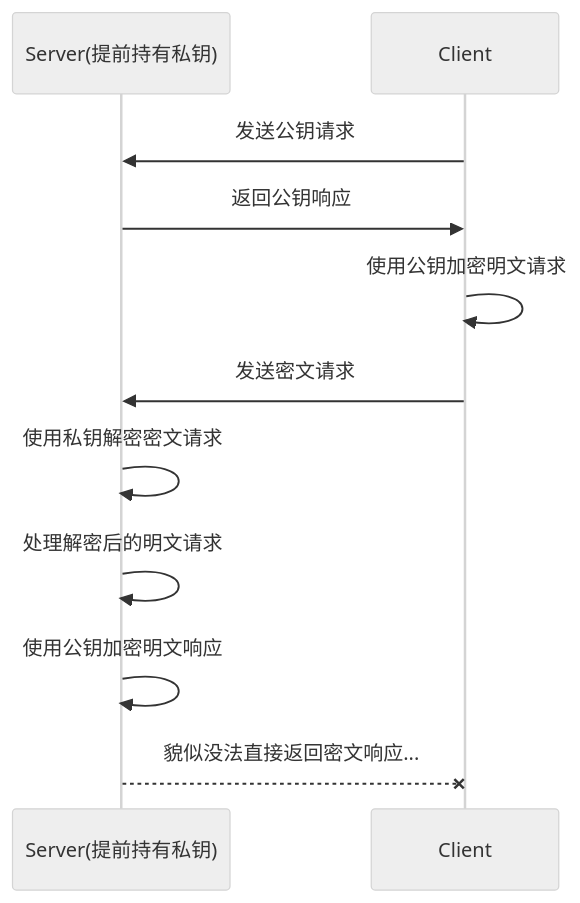
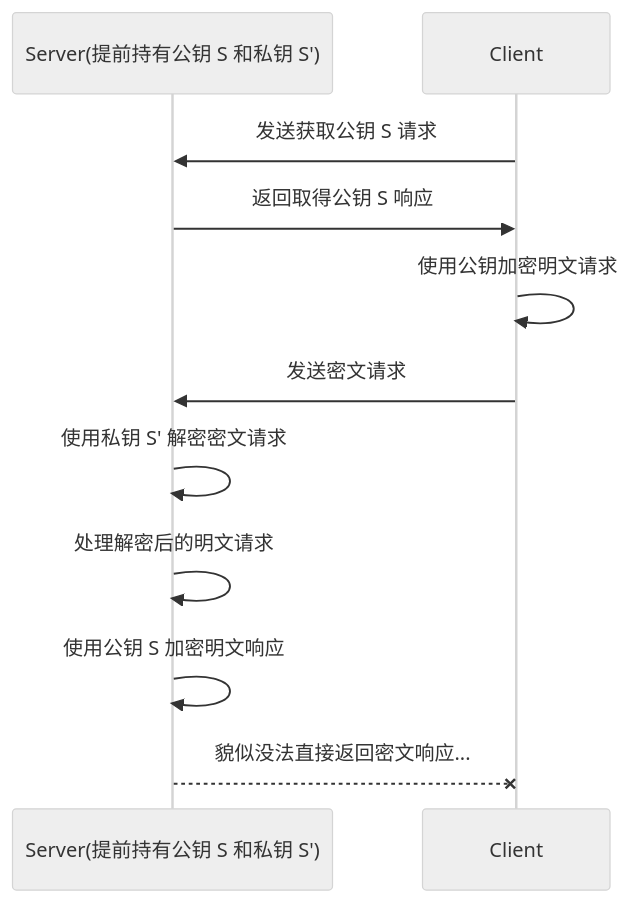
The third of 5 diagrams in Computer_Networks_Note/003+limou+2024_03_18+应用层.md (xiaogithubooo/LimouLearnNote), drawn with Mermaid (neutral theme) before and after one commit. The commit also changed other lines of this file and 2 other files, not shown here.

````diff
--- a/Computer_Networks_Note/003+limou+2024_03_18+应用层.md
+++ b/Computer_Networks_Note/003+limou+2024_03_18+应用层.md
@@ -3032,14 +3031,14 @@
 ```mermaid
 sequenceDiagram
-    participant Server(提前持有私钥)
+    participant Server(提前持有公钥 S 和私钥 S')
     participant Client
 
-    Client->>Server(提前持有私钥): 发送公钥请求
-    Server(提前持有私钥)->>Client: 返回公钥响应
+    Client->>Server(提前持有公钥 S 和私钥 S'): 发送获取公钥 S 请求
+    Server(提前持有公钥 S 和私钥 S')->>Client: 返回取得公钥 S 响应
     Client->>Client: 使用公钥加密明文请求
-    Client->>Server(提前持有私钥): 发送密文请求
-    Server(提前持有私钥)->>Server(提前持有私钥): 使用私钥解密密文请求
-    Server(提前持有私钥)->>Server(提前持有私钥): 处理解密后的明文请求
-    Server(提前持有私钥)->>Server(提前持有私钥): 使用公钥加密明文响应
-    Server(提前持有私钥)--xClient: 貌似没法直接返回密文响应...
+    Client->>Server(提前持有公钥 S 和私钥 S'): 发送密文请求
+    Server(提前持有公钥 S 和私钥 S')->>Server(提前持有公钥 S 和私钥 S'): 使用私钥 S' 解密密文请求
+    Server(提前持有公钥 S 和私钥 S')->>Server(提前持有公钥 S 和私钥 S'): 处理解密后的明文请求
+    Server(提前持有公钥 S 和私钥 S')->>Server(提前持有公钥 S 和私钥 S'): 使用公钥 S 加密明文响应
+    Server(提前持有公钥 S 和私钥 S')--xClient: 貌似没法直接返回密文响应...
 ```
````
